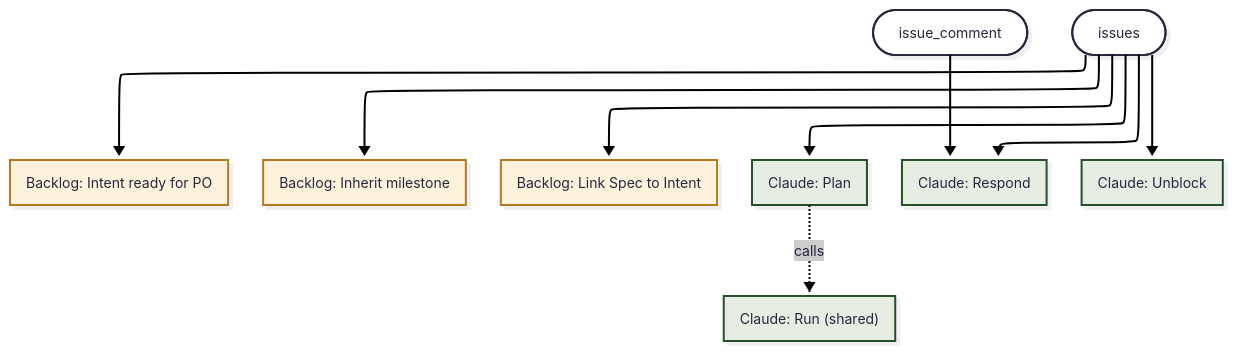
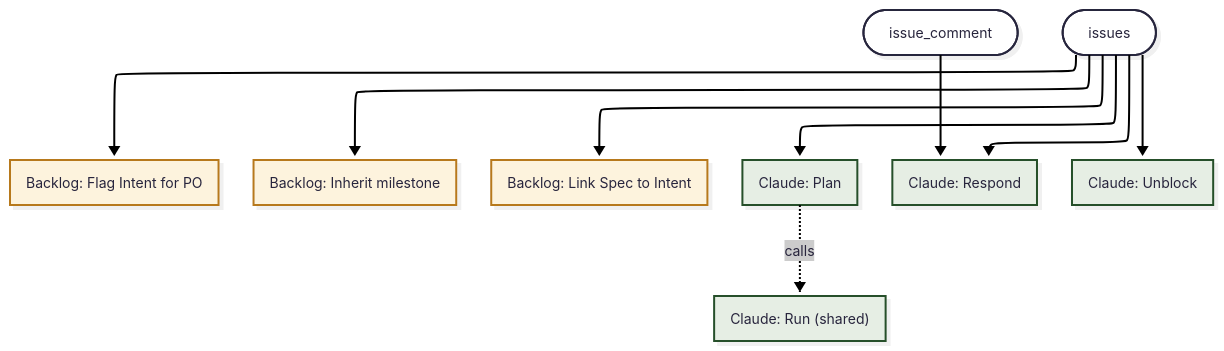
The second of 3 diagrams in .github/workflows/README.md (henetiriki/kinscape), drawn with Mermaid before and after one commit. The commit also changed other lines of this file and 34 other files, not shown here.

````diff
--- a/.github/workflows/README.md
+++ b/.github/workflows/README.md
@@ -94,30 +94,30 @@
 ```mermaid
 ---
 config:
   theme: redux-color
   look: neo
   layout: elk
 ---
 flowchart TB
   on_issue_comment([issue_comment])
   on_issues([issues])
-  backlog_intent_ready["Backlog: Intent ready for PO"]
+  backlog_intent_ready["Backlog: Flag Intent for PO"]
   backlog_milestone["Backlog: Inherit milestone"]
   backlog_spec_link["Backlog: Link Spec to Intent"]
   claude_plan["Claude: Plan"]
   claude_respond["Claude: Respond"]
   claude_unblock["Claude: Unblock"]
   claude_run["Claude: Run (shared)"]
   on_issue_comment --> claude_respond
   on_issues --> backlog_intent_ready
   on_issues --> backlog_milestone
   on_issues --> backlog_spec_link
   on_issues --> claude_plan
   on_issues --> claude_respond
   on_issues --> claude_unblock
   claude_plan -.->|calls| claude_run
   classDef backlog fill:#fdf3dd,stroke:#b7791f
   classDef claude fill:#e6eee4,stroke:#264f29
   class backlog_intent_ready,backlog_milestone,backlog_spec_link backlog
   class claude_plan,claude_respond,claude_unblock,claude_run claude
 ```
````
